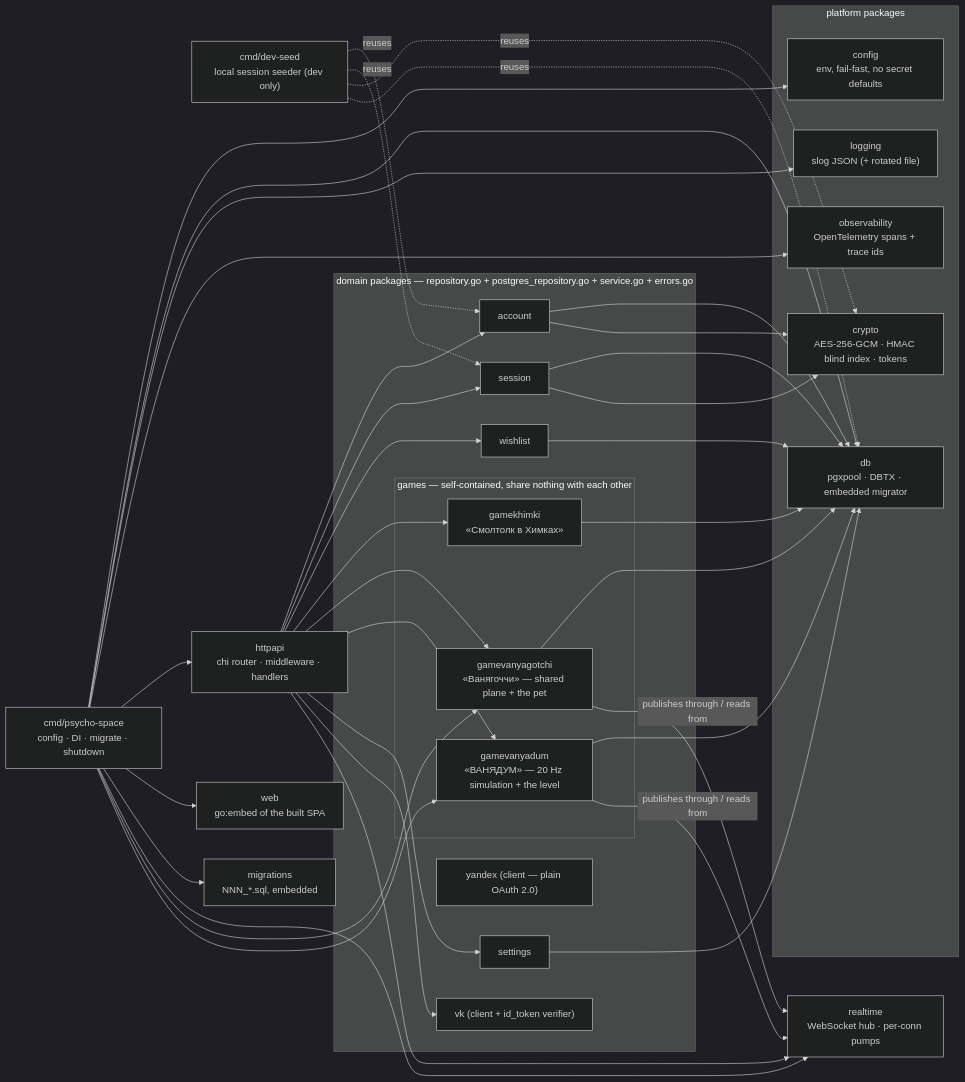
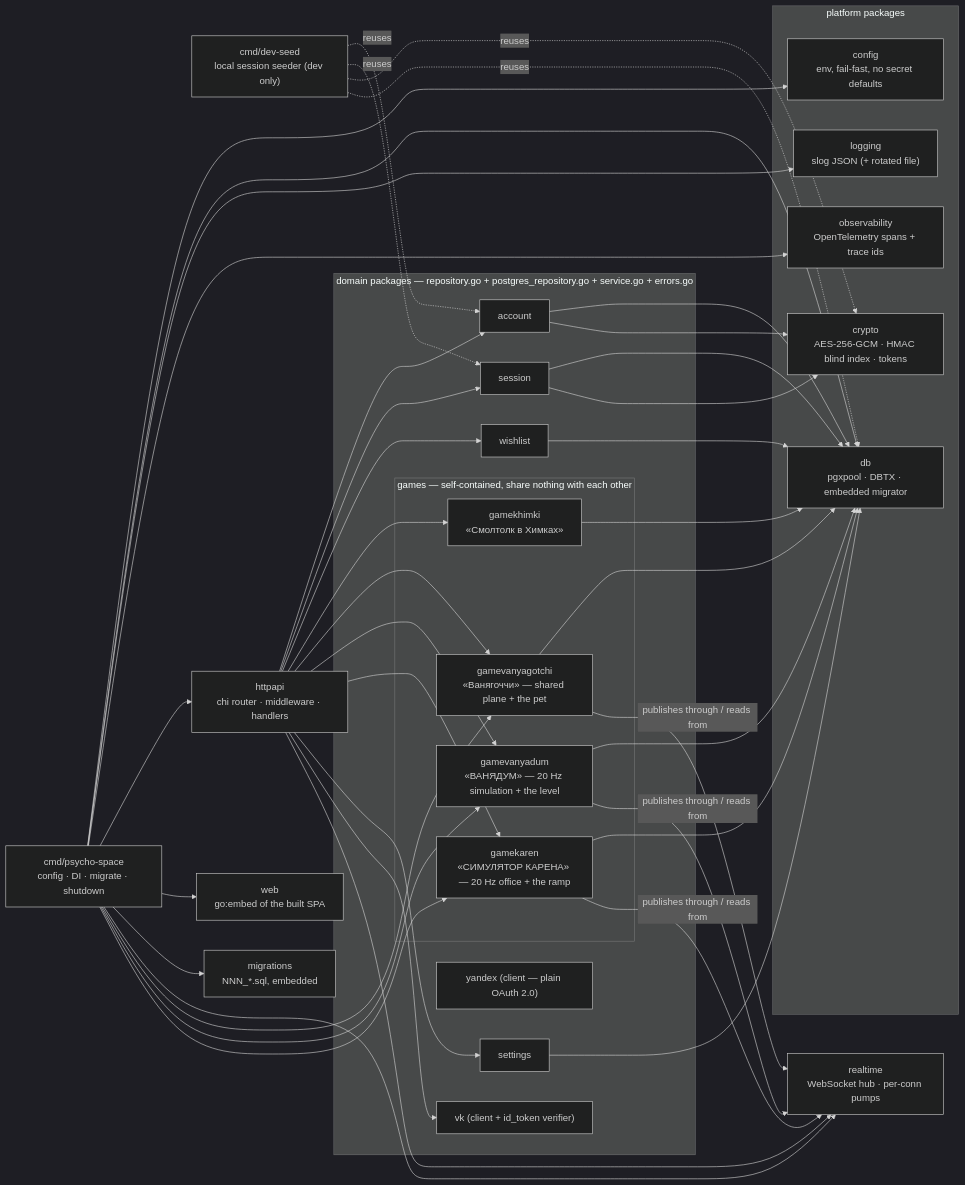
One commit to SergeyZSpb/psycho-space changed diagram 11 of 13 in docs/ARCHITECTURE.md. Above: the diagram before and after it, drawn with Mermaid (dark theme). The commit also changed other lines of this file and 4 other files, not shown here.

First line of the commit message:
docs(gamekaren): the fourth game, and why a DOM game may own a tick

````diff
--- a/docs/ARCHITECTURE.md
+++ b/docs/ARCHITECTURE.md
@@ -390,40 +438,41 @@
 ```mermaid
 flowchart LR
     MAIN["cmd/psycho-space<br/>config · DI · migrate · shutdown"]
     SEED["cmd/dev-seed<br/>local session seeder (dev only)"]
 
     subgraph platform["platform packages"]
         CFG["config<br/>env, fail-fast, no secret defaults"]
         CRY["crypto<br/>AES-256-GCM · HMAC blind index · tokens"]
         DB["db<br/>pgxpool · DBTX · embedded migrator"]
         LOG["logging<br/>slog JSON (+ rotated file)"]
         OBS["observability<br/>OpenTelemetry spans + trace ids"]
     end
 
     HTTP["httpapi<br/>chi router · middleware · handlers"]
     RT["realtime<br/>WebSocket hub · per-conn pumps"]
 
     subgraph domain["domain packages — repository.go + postgres_repository.go + service.go + errors.go"]
         ACC["account"]
         SESS["session"]
         WISH["wishlist"]
         SET["settings"]
         VKP["vk (client + id_token verifier)"]
         YAP["yandex (client — plain OAuth 2.0)"]
         subgraph games["games — self-contained, share nothing with each other"]
             GAME["gamekhimki<br/>«Смолтолк в Химках»"]
             VANYA["gamevanyagotchi<br/>«Ванягоччи» — shared plane + the pet"]
             DUM["gamevanyadum<br/>«ВАНЯДУМ» — 20 Hz simulation + the level"]
+            KAREN["gamekaren<br/>«СИМУЛЯТОР КАРЕНА» — 20 Hz office + the ramp"]
         end
     end
 
     WEB["web<br/>go:embed of the built SPA"]
     MIG["migrations<br/>NNN_*.sql, embedded"]
 
-    MAIN --> CFG & DB & LOG & OBS & HTTP & WEB & MIG & RT & VANYA & DUM
-    HTTP --> ACC & SESS & WISH & GAME & VANYA & DUM & SET & VKP & RT
-    ACC & SESS & WISH & GAME & VANYA & DUM & SET --> DB
+    MAIN --> CFG & DB & LOG & OBS & HTTP & WEB & MIG & RT & VANYA & DUM & KAREN
+    HTTP --> ACC & SESS & WISH & GAME & VANYA & DUM & KAREN & SET & VKP & RT
+    ACC & SESS & WISH & GAME & VANYA & DUM & KAREN & SET --> DB
     ACC & SESS --> CRY
-    VANYA & DUM -- "publishes through / reads from" --> RT
+    VANYA & DUM & KAREN -- "publishes through / reads from" --> RT
     SEED -.reuses.-> ACC & SESS & CRY & DB
 ```
````
